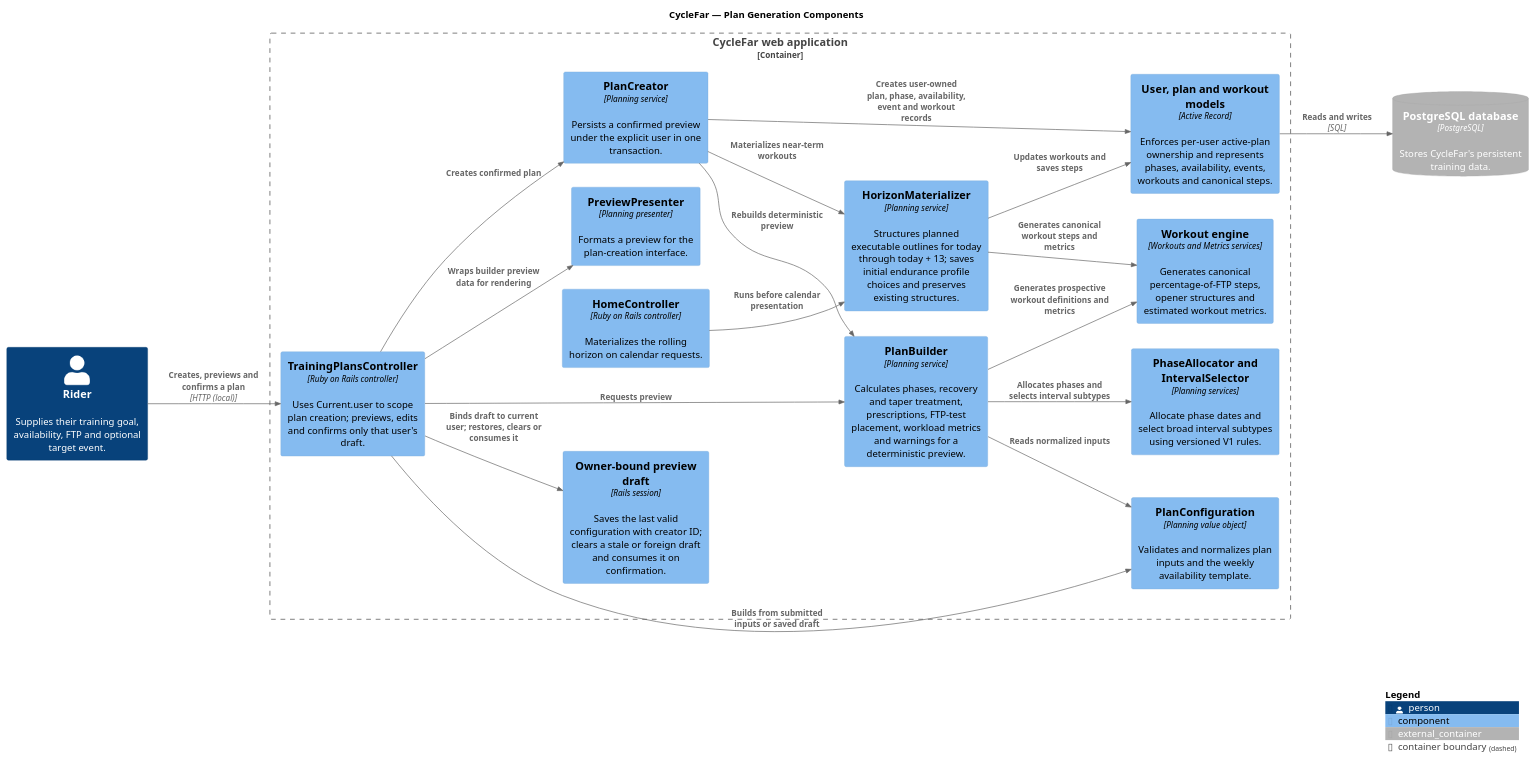
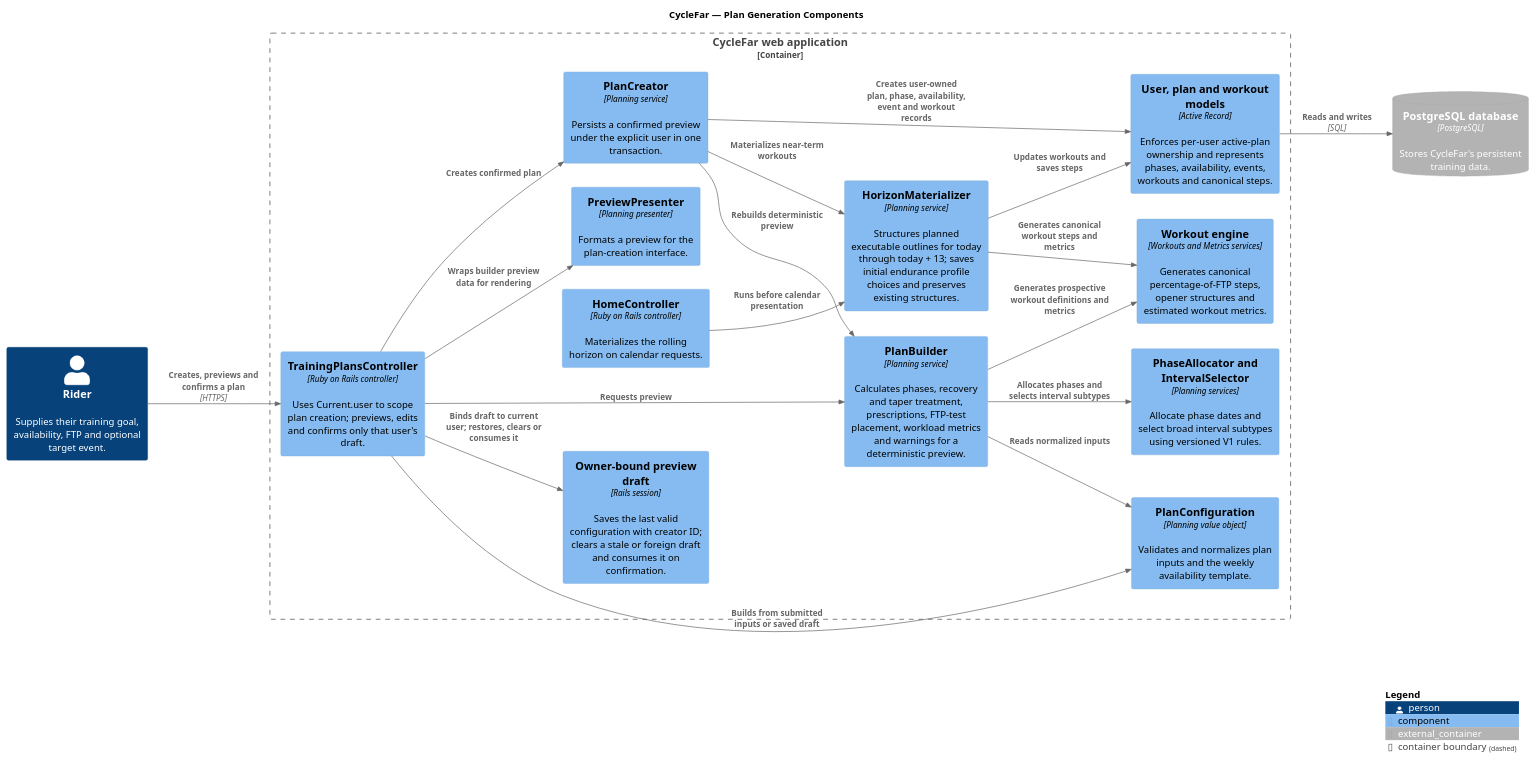
Before and after one commit to richardhartme/cyclefar: the diagram in docs/diagrams/cyclefar-plan-generation-components.puml, drawn with PlantUML. The commit also changed 9 other files, not shown here.

```diff
--- a/docs/diagrams/cyclefar-plan-generation-components.puml
+++ b/docs/diagrams/cyclefar-plan-generation-components.puml
@@ -1,44 +1,44 @@
 @startuml CycleFar Plan Generation Components
 ' Scope and limitations: README.md
 !include https://raw.githubusercontent.com/plantuml-stdlib/C4-PlantUML/master/C4_Component.puml
 
 title CycleFar — Plan Generation Components
 
 LAYOUT_LEFT_RIGHT()
 
 Person(rider, "Rider", "Supplies their training goal, availability, FTP and optional target event.")
 ContainerDb_Ext(database, "PostgreSQL database", "PostgreSQL", "Stores CycleFar's persistent training data.")
 
 Container_Boundary(web_application, "CycleFar web application") {
   Component(controller, "TrainingPlansController", "Ruby on Rails controller", "Uses Current.user to scope plan creation; previews, edits and confirms only that user's draft.")
   Component(session, "Owner-bound preview draft", "Rails session", "Saves the last valid configuration with creator ID; clears a stale or foreign draft and consumes it on confirmation.")
   Component(home, "HomeController", "Ruby on Rails controller", "Materializes the rolling horizon on calendar requests.")
   Component(configuration, "PlanConfiguration", "Planning value object", "Validates and normalizes plan inputs and the weekly availability template.")
   Component(builder, "PlanBuilder", "Planning service", "Calculates phases, recovery and taper treatment, prescriptions, FTP-test placement, workload metrics and warnings for a deterministic preview.")
   Component(allocation, "PhaseAllocator and IntervalSelector", "Planning services", "Allocate phase dates and select broad interval subtypes using versioned V1 rules.")
   Component(presenter, "PreviewPresenter", "Planning presenter", "Formats a preview for the plan-creation interface.")
   Component(creator, "PlanCreator", "Planning service", "Persists a confirmed preview under the explicit user in one transaction.")
   Component(materializer, "HorizonMaterializer", "Planning service", "Structures planned executable outlines for today through today + 13; saves initial endurance profile choices and preserves existing structures.")
   Component(engine, "Workout engine", "Workouts and Metrics services", "Generates canonical percentage-of-FTP steps, opener structures and estimated workout metrics.")
   Component(models, "User, plan and workout models", "Active Record", "Enforces per-user active-plan ownership and represents phases, availability, events, workouts and canonical steps.")
 }
 
-Rel(rider, controller, "Creates, previews and confirms a plan", "HTTP (local)")
+Rel(rider, controller, "Creates, previews and confirms a plan", "HTTPS")
 Rel(controller, session, "Binds draft to current user; restores, clears or consumes it")
 Rel(controller, configuration, "Builds from submitted inputs or saved draft")
 Rel(home, materializer, "Runs before calendar presentation")
 Rel(builder, allocation, "Allocates phases and selects interval subtypes")
 Rel(controller, builder, "Requests preview")
 Rel(builder, configuration, "Reads normalized inputs")
 Rel(builder, engine, "Generates prospective workout definitions and metrics")
 Rel(controller, presenter, "Wraps builder preview data for rendering")
 Rel(controller, creator, "Creates confirmed plan")
 Rel(creator, builder, "Rebuilds deterministic preview")
 Rel(creator, models, "Creates user-owned plan, phase, availability, event and workout records")
 Rel(creator, materializer, "Materializes near-term workouts")
 Rel(materializer, engine, "Generates canonical workout steps and metrics")
 Rel(materializer, models, "Updates workouts and saves steps")
 Rel(models, database, "Reads and writes", "SQL")
 
 SHOW_LEGEND()
 @enduml
```
